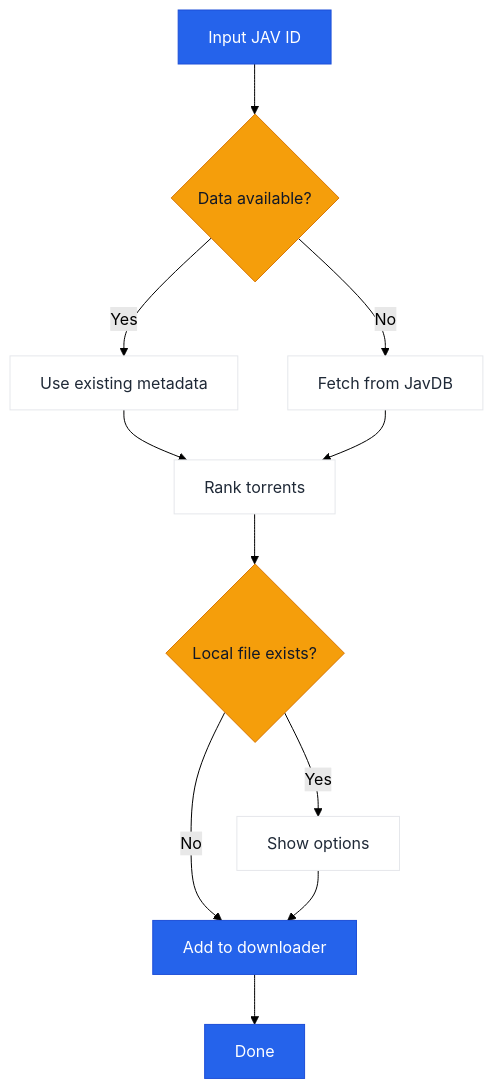
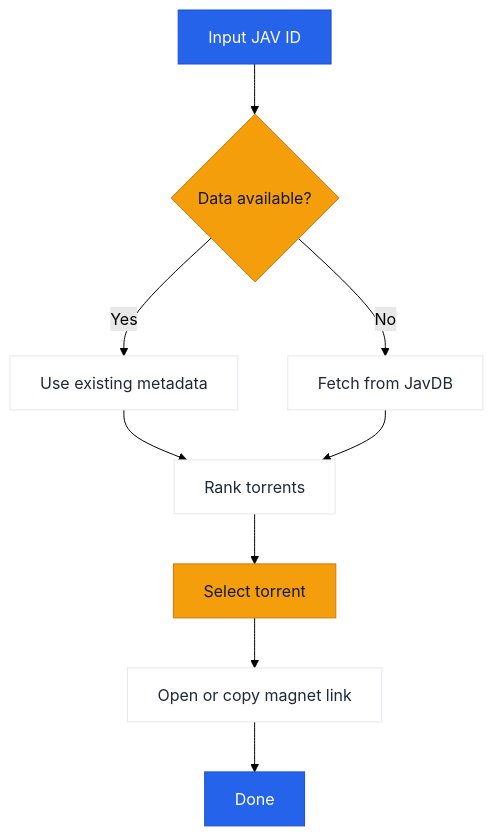
Before and after one commit to jqknono/jav-manager: the diagram in README.md, drawn with Mermaid (forest theme). The commit also changed other lines of this file and 63 other files, not shown here.

````diff
--- a/README.md
+++ b/README.md
@@ -91,21 +59,19 @@
 ```mermaid
 flowchart TD
     A[Input JAV ID] --> B{Data available?}
     B -->|Yes| C[Use existing metadata]
     B -->|No| D[Fetch from JavDB]
     C --> E[Rank torrents]
     D --> E
-    E --> F{Local file exists?}
-    F -->|Yes| G[Show options]
-    F -->|No| H[Add to downloader]
-    G --> H
-    H --> I[Done]
+    E --> F[Select torrent]
+    F --> G[Open or copy magnet link]
+    G --> H[Done]
 
     classDef primary fill:#2563eb,stroke:#1d4ed8,color:#ffffff;
     classDef decision fill:#f59e0b,stroke:#d97706,color:#111827;
     classDef neutral fill:#ffffff,stroke:#e5e7eb,color:#1f2937;
 
     class A,H,I primary;
     class B,F decision;
     class C,D,E,G neutral;
 ```
````
